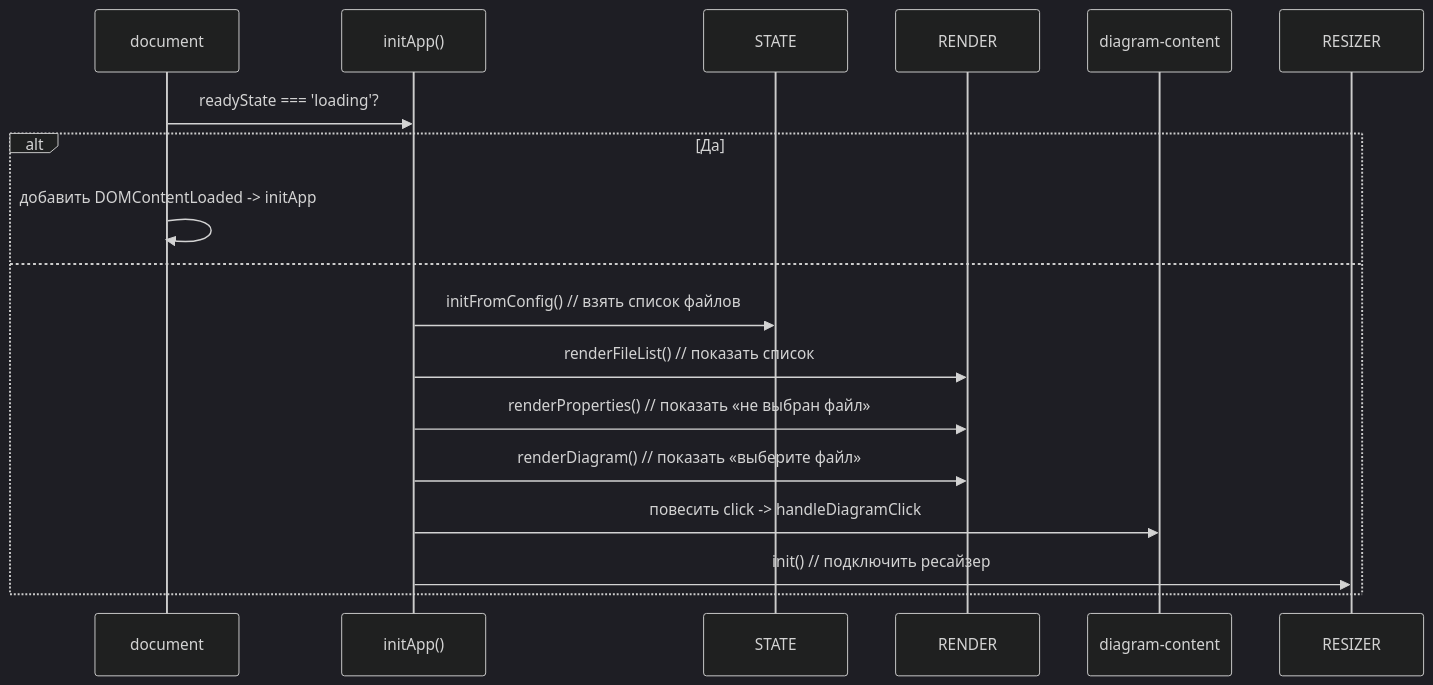
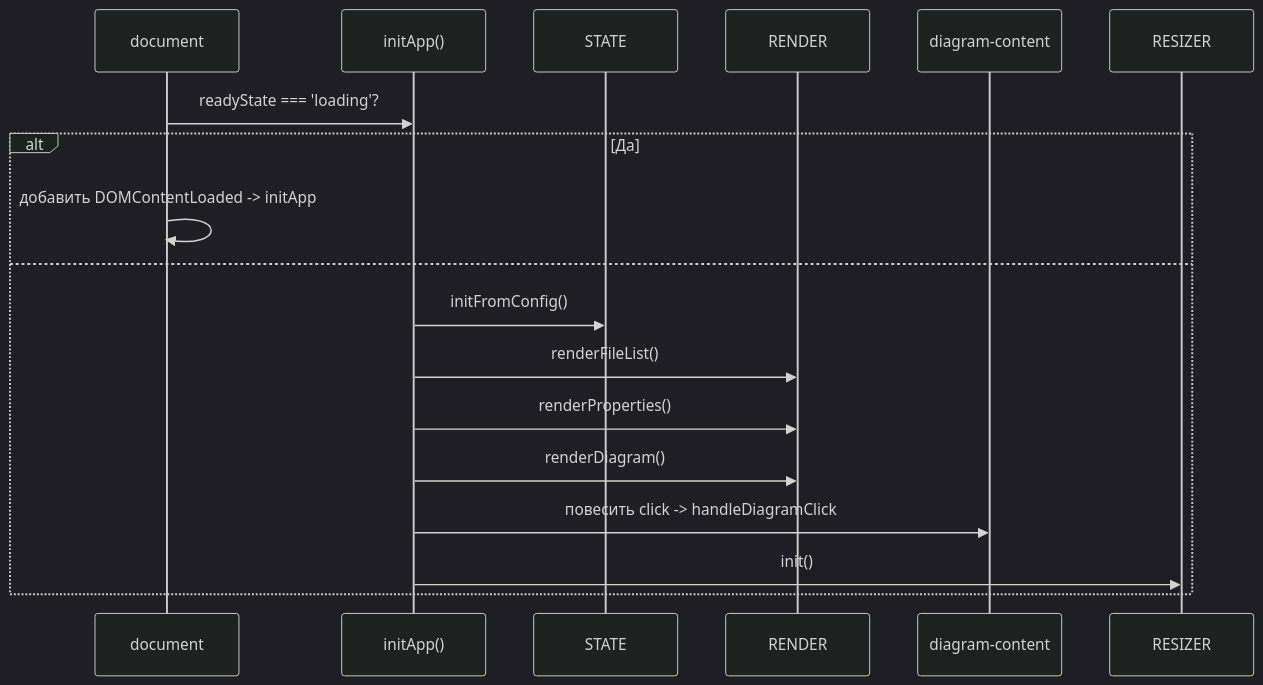
One commit to bpmbpm/testjs2 changed the ninth of 10 diagrams in ver2/doc1.md. Above: the diagram before and after it, drawn with Mermaid (dark theme). The commit also changed other lines of this file, not shown here.

````diff
--- a/ver2/doc1.md
+++ b/ver2/doc1.md
@@ -239,21 +227,21 @@
 ```mermaid
 sequenceDiagram
     participant DOC as document
     participant I as initApp()
     participant S as STATE
     participant R as RENDER
     participant D as diagram-content
     participant RES as RESIZER
 
     DOC->>I: readyState === 'loading'?
     alt Да
         DOC->>DOC: добавить DOMContentLoaded -> initApp
     else
-        I->>S: initFromConfig() // взять список файлов
-        I->>R: renderFileList() // показать список
-        I->>R: renderProperties() // показать «не выбран файл»
-        I->>R: renderDiagram() // показать «выберите файл»
+        I->>S: initFromConfig()
+        I->>R: renderFileList()
+        I->>R: renderProperties()
+        I->>R: renderDiagram()
         I->>D: повесить click -> handleDiagramClick
-        I->>RES: init() // подключить ресайзер
+        I->>RES: init()
     end
 ```
````
